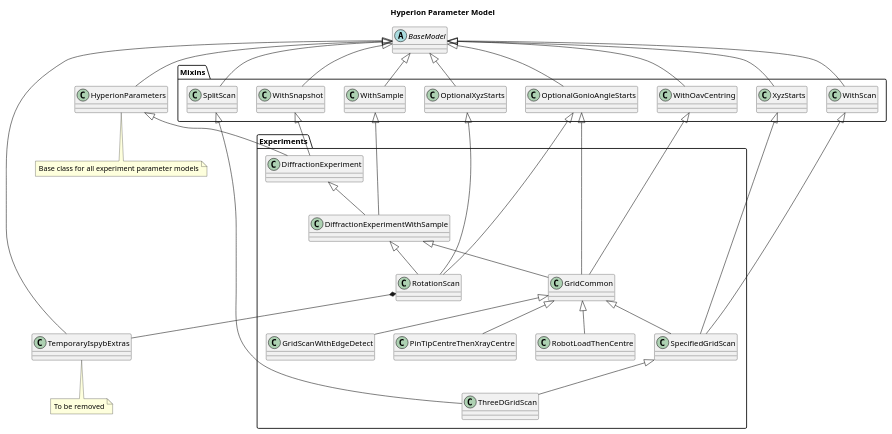
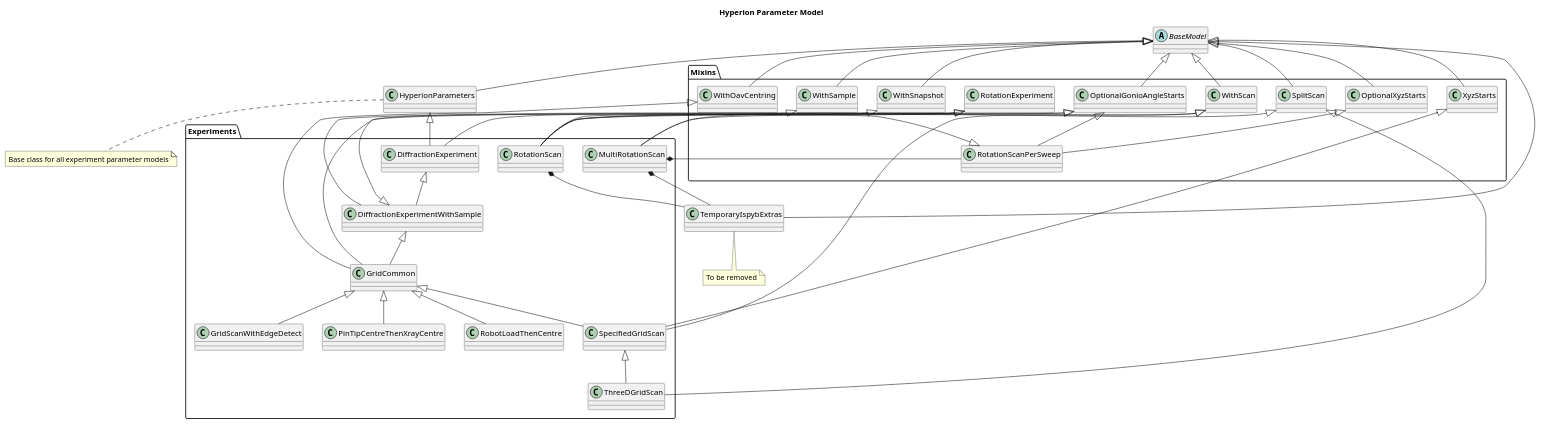
Before and after one commit to DiamondLightSource/hyperion: the diagram in docs/param_hierarchy.puml, drawn with PlantUML. The commit also changed 1 other file, not shown here.

Commit message:
update uml

```diff
--- a/docs/param_hierarchy.puml
+++ b/docs/param_hierarchy.puml
@@ -1,66 +1,78 @@
-@startuml
+@startuml hyperion_parameter_model
 'https://plantuml.com/class-diagram
 title Hyperion Parameter Model
 
 abstract class BaseModel
 
 package Mixins {
     class WithSample
     class WithScan
     class WithOavCentring
     class WithSnapshot
     class OptionalXyzStarts
     class XyzStarts
     class OptionalGonioAngleStarts
     class SplitScan
+    class RotationScanPerSweep
+    class RotationExperiment
 }
-
-class HyperionParameters
-note bottom: Base class for all experiment parameter models
 
 package Experiments {
     class DiffractionExperiment
     class DiffractionExperimentWithSample
     class GridCommon
     class GridScanWithEdgeDetect
     class PinTipCentreThenXrayCentre
     class RotationScan
+    class MultiRotationScan
     class RobotLoadThenCentre
     class SpecifiedGridScan
     class ThreeDGridScan
 }
+
+class HyperionParameters
+note bottom: Base class for all experiment parameter models
+
 class TemporaryIspybExtras
 note bottom: To be removed
 
 
 BaseModel <|-- HyperionParameters
 BaseModel <|-- SplitScan
 BaseModel <|-- OptionalGonioAngleStarts
 BaseModel <|-- OptionalXyzStarts
 BaseModel <|-- TemporaryIspybExtras
 BaseModel <|-- WithOavCentring
 BaseModel <|-- WithSnapshot
 BaseModel <|-- WithSample
 BaseModel <|-- WithScan
 BaseModel <|-- XyzStarts
 
 RotationScan *-- TemporaryIspybExtras
+MultiRotationScan *-- TemporaryIspybExtras
+OptionalGonioAngleStarts <|-- RotationScanPerSweep
+OptionalXyzStarts  <|-- RotationScanPerSweep
+DiffractionExperimentWithSample <|-- RotationExperiment
 HyperionParameters <|-- DiffractionExperiment
 WithSnapshot <|-- DiffractionExperiment
 DiffractionExperiment <|-- DiffractionExperimentWithSample
 WithSample <|-- DiffractionExperimentWithSample
 DiffractionExperimentWithSample <|-- GridCommon
 GridCommon <|-- GridScanWithEdgeDetect
 GridCommon <|-- PinTipCentreThenXrayCentre
 GridCommon <|-- RobotLoadThenCentre
 GridCommon <|-- SpecifiedGridScan
 WithScan <|-- SpecifiedGridScan
 SpecifiedGridScan <|-- ThreeDGridScan
 SplitScan <|-- ThreeDGridScan
 WithOavCentring <|-- GridCommon
-DiffractionExperimentWithSample <|-- RotationScan
-OptionalXyzStarts <|-- RotationScan
+WithScan <|-- RotationScan
+RotationScanPerSweep <|-- RotationScan
+MultiRotationScan *-- RotationScanPerSweep
+RotationExperiment <|-- RotationScan
+RotationExperiment <|-- MultiRotationScan
+SplitScan <|-- MultiRotationScan
 XyzStarts <|-- SpecifiedGridScan
 OptionalGonioAngleStarts <|-- GridCommon
 OptionalGonioAngleStarts <|-- RotationScan
 @enduml
```
